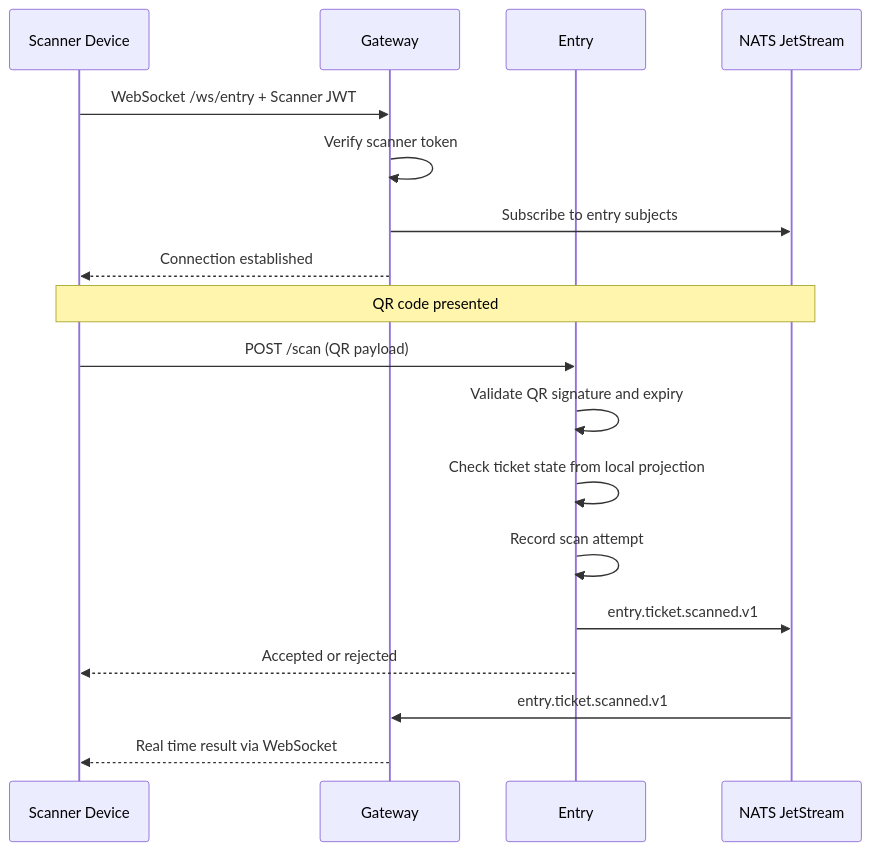
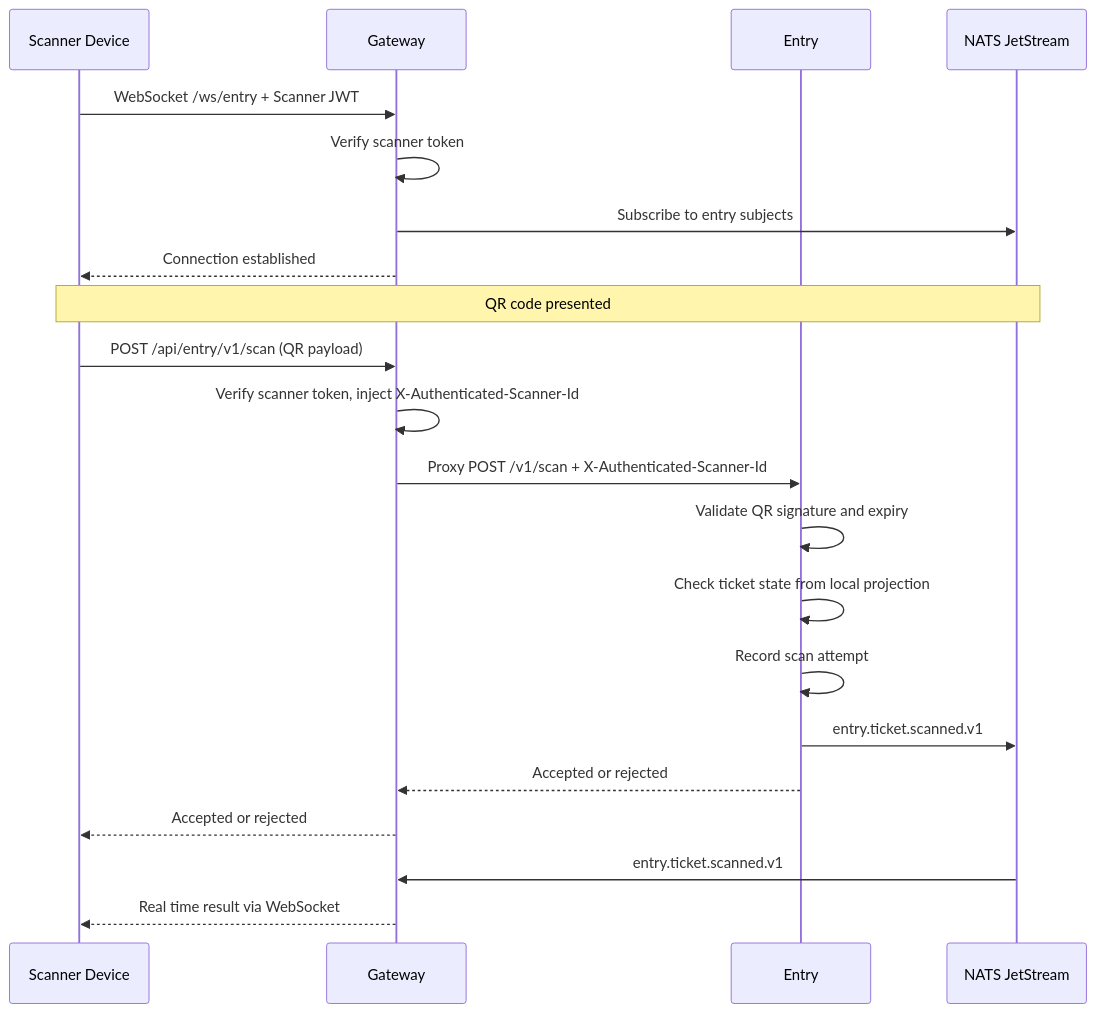
The diagram in docs/api/use-cases/uc_08_scan_ticket.md (cristiangilsanz/qrew), drawn with Mermaid before and after one commit. The commit also changed 60 other files, not shown here.

````diff
--- a/docs/api/use-cases/uc_08_scan_ticket.md
+++ b/docs/api/use-cases/uc_08_scan_ticket.md
@@ -3,24 +3,27 @@
 ```mermaid
 sequenceDiagram
     participant SC as Scanner Device
     participant GW as Gateway
     participant ENT as Entry
     participant NATS as NATS JetStream
 
     SC->>GW: WebSocket /ws/entry + Scanner JWT
     GW->>GW: Verify scanner token
     GW->>NATS: Subscribe to entry subjects
     GW-->>SC: Connection established
 
     Note over SC,NATS: QR code presented
 
-    SC->>ENT: POST /scan (QR payload)
+    SC->>GW: POST /api/entry/v1/scan (QR payload)
+    GW->>GW: Verify scanner token, inject X-Authenticated-Scanner-Id
+    GW->>ENT: Proxy POST /v1/scan + X-Authenticated-Scanner-Id
     ENT->>ENT: Validate QR signature and expiry
     ENT->>ENT: Check ticket state from local projection
     ENT->>ENT: Record scan attempt
     ENT->>NATS: entry.ticket.scanned.v1
-    ENT-->>SC: Accepted or rejected
+    ENT-->>GW: Accepted or rejected
+    GW-->>SC: Accepted or rejected
 
     NATS->>GW: entry.ticket.scanned.v1
     GW-->>SC: Real time result via WebSocket
 ```
````
